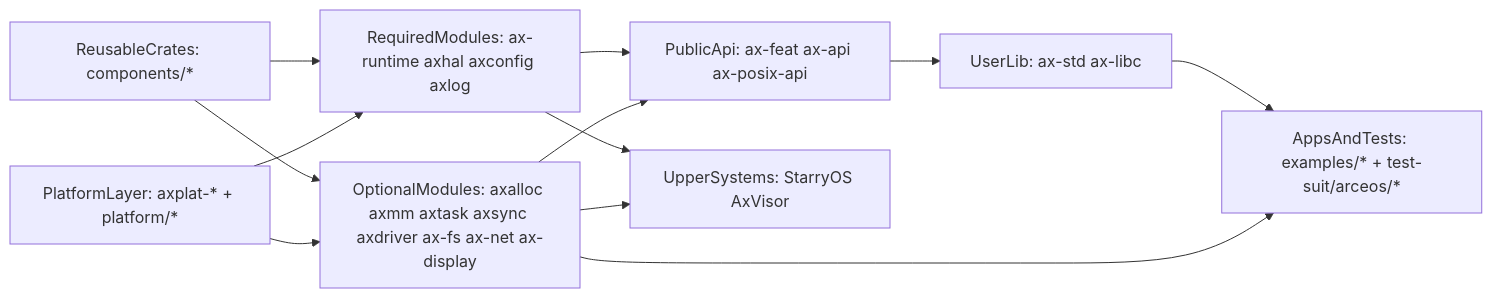
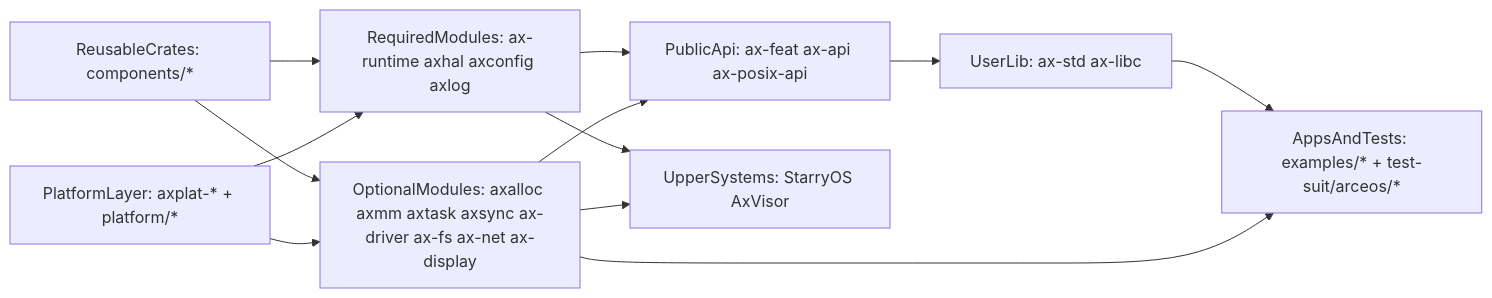
The first of 5 diagrams in docs/arceos-internals.md (zKurisu/tgoskits), drawn with Mermaid before and after one commit. The commit also changed other lines of this file and 73 other files, not shown here.

Commit message:
rename axdriver to ax-driver

````diff
--- a/docs/arceos-internals.md
+++ b/docs/arceos-internals.md
@@ -36,23 +36,23 @@
 ```mermaid
 flowchart LR
     reusableCrates["ReusableCrates: components/*"]
     platformLayer["PlatformLayer: axplat-* + platform/*"]
     requiredModules["RequiredModules: ax-runtime axhal axconfig axlog"]
-    optionalModules["OptionalModules: axalloc axmm axtask axsync axdriver ax-fs ax-net ax-display"]
+    optionalModules["OptionalModules: axalloc axmm axtask axsync ax-driver ax-fs ax-net ax-display"]
     publicApi["PublicApi: ax-feat ax-api ax-posix-api"]
     userLib["UserLib: ax-std ax-libc"]
     appsAndTests["AppsAndTests: examples/* + test-suit/arceos/*"]
     upperSystems["UpperSystems: StarryOS AxVisor"]
 
     reusableCrates --> requiredModules
     reusableCrates --> optionalModules
     platformLayer --> requiredModules
     platformLayer --> optionalModules
     requiredModules --> publicApi
     optionalModules --> publicApi
     publicApi --> userLib
     userLib --> appsAndTests
     optionalModules --> appsAndTests
     requiredModules --> upperSystems
     optionalModules --> upperSystems
 ```
````
